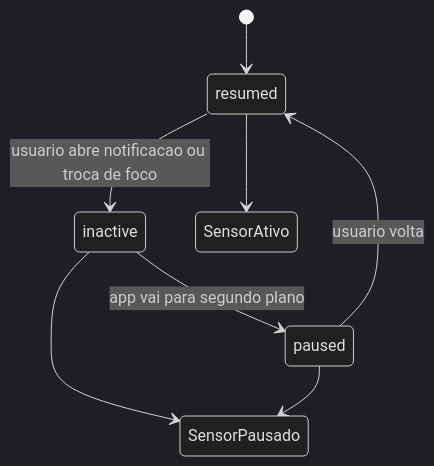
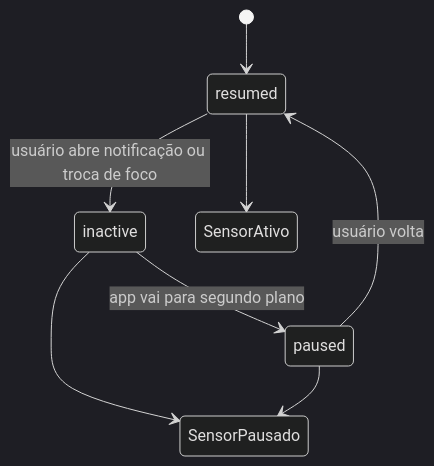
Before and after one commit to prof-gustavo-villalta/self: diagram 13 of 17 in courses/2026-1-DS-Prog-Aplicativos-Mobile-II-Novotec-Noturno/aulas/aula-11.md, drawn with Mermaid (dark theme). The commit also changed other lines of this file and 6 other files, not shown here.

````diff
--- a/courses/2026-1-DS-Prog-Aplicativos-Mobile-II-Novotec-Noturno/aulas/aula-11.md
+++ b/courses/2026-1-DS-Prog-Aplicativos-Mobile-II-Novotec-Noturno/aulas/aula-11.md
@@ -766,10 +766,10 @@
 ```mermaid
 stateDiagram-v2
     [*] --> resumed
-    resumed --> inactive: usuario abre notificacao ou troca de foco
+    resumed --> inactive: usuário abre notificação ou troca de foco
     inactive --> paused: app vai para segundo plano
-    paused --> resumed: usuario volta
+    paused --> resumed: usuário volta
     resumed --> SensorAtivo
     inactive --> SensorPausado
     paused --> SensorPausado
 ```
````
